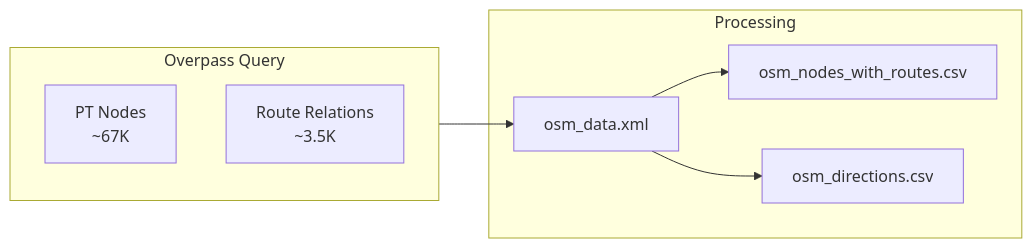
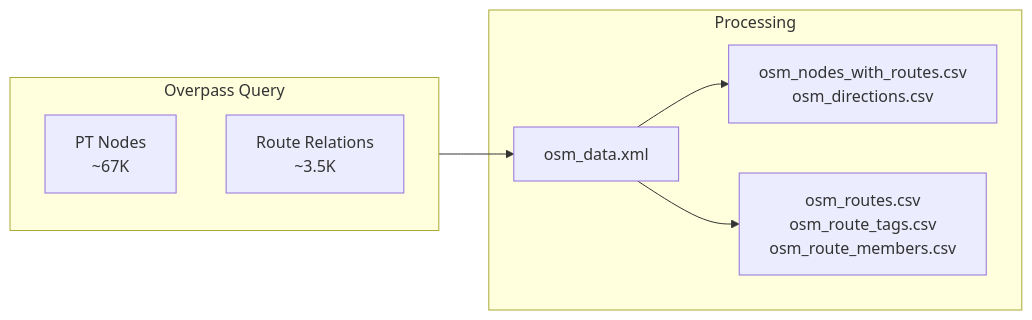
One commit to openTdataCH/stop_sync_osm_atlas changed the diagram in documentation/1.3 OSM data.md. Above: the diagram before and after it, drawn with Mermaid. The commit also changed other lines of this file and 39 other files, not shown here.

````diff
--- a/documentation/1.3 OSM data.md
+++ b/documentation/1.3 OSM data.md
@@ -16,14 +16,14 @@
 ```mermaid
 flowchart LR
     subgraph Query["Overpass Query"]
         N["PT Nodes<br/>~67K"]
         R["Route Relations<br/>~3.5K"]
     end
     
     subgraph Process["Processing"]
-        X[osm_data.xml] --> P1[osm_nodes_with_routes.csv]
-        X --> P2[osm_directions.csv]
+        X[osm_data.xml] --> P1["osm_nodes_with_routes.csv<br/>osm_directions.csv"]
+        X --> P2["osm_routes.csv<br/>osm_route_tags.csv<br/>osm_route_members.csv"]
     end
     
     Query --> X
 ```
````
